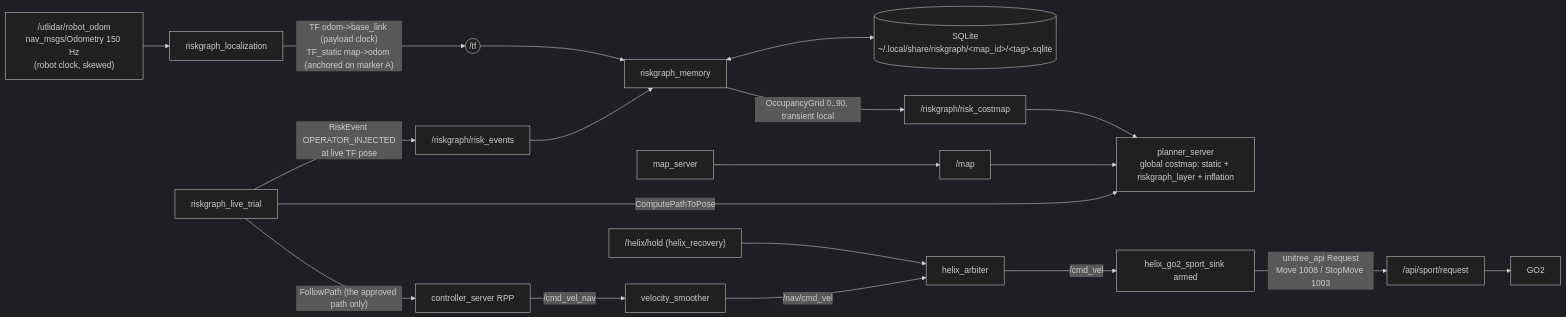
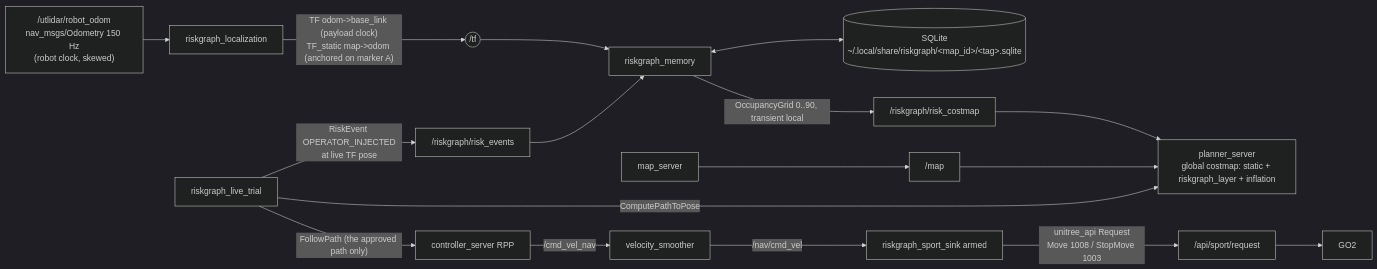
One commit to yusufdxb/riskgraph-go2 changed the diagram in docs/HW_VERIFICATION.md. Above: the diagram before and after it, drawn with Mermaid (dark theme). The commit also changed other lines of this file and 24 other files, not shown here.

First line of the commit message:
feat(nav): RiskGraph-owned sport sink and sink stages replace HELIX

````diff
--- a/docs/HW_VERIFICATION.md
+++ b/docs/HW_VERIFICATION.md
@@ -22,21 +22,19 @@
 ```mermaid
 flowchart LR
   ODOM["/utlidar/robot_odom<br/>nav_msgs/Odometry 150 Hz<br/>(robot clock, skewed)"] --> LOC[riskgraph_localization]
   LOC -- "TF odom->base_link (payload clock)<br/>TF_static map->odom (anchored on marker A)" --> TF(("/tf"))
   RUN[riskgraph_live_trial] -- "RiskEvent OPERATOR_INJECTED<br/>at live TF pose" --> EV["/riskgraph/risk_events"]
   EV --> MEM[riskgraph_memory]
   TF --> MEM
   MEM <--> DB[("SQLite<br/>~/.local/share/riskgraph/&lt;map_id&gt;/&lt;tag&gt;.sqlite")]
   MEM -- "OccupancyGrid 0..90, transient local" --> RC["/riskgraph/risk_costmap"]
   MAPS[map_server] --> MAP["/map"]
   MAP --> GC
   RC --> GC["planner_server<br/>global costmap: static + riskgraph_layer + inflation"]
   RUN -- "ComputePathToPose" --> GC
   RUN -- "FollowPath (the approved path only)" --> CTRL[controller_server RPP]
   CTRL -- "/cmd_vel_nav" --> VS[velocity_smoother]
-  VS -- "/nav/cmd_vel" --> ARB[helix_arbiter]
-  HOLD["/helix/hold (helix_recovery)"] --> ARB
-  ARB -- "/cmd_vel" --> SINK[helix_go2_sport_sink armed]
+  VS -- "/nav/cmd_vel" --> SINK[riskgraph_sport_sink armed]
   SINK -- "unitree_api Request<br/>Move 1008 / StopMove 1003" --> SPORT["/api/sport/request"]
   SPORT --> GO2[GO2]
 ```
````
